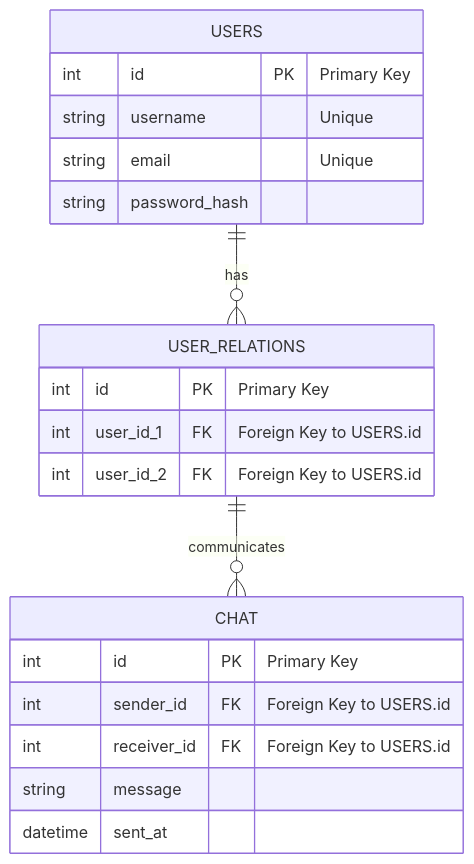
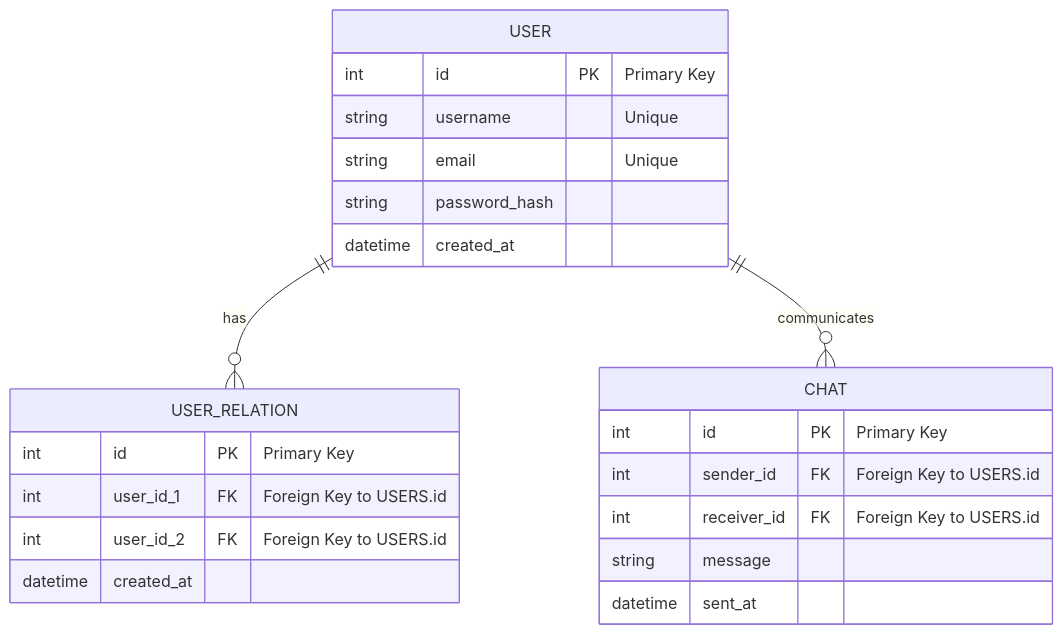
Before and after one commit to kento13410/Real-Time-Chat: the second of 2 diagrams in README.md, drawn with Mermaid. The commit also changed 43 other files, not shown here.

````diff
--- a/README.md
+++ b/README.md
@@ -33,23 +33,25 @@
 ```mermaid
 erDiagram
-    USERS ||--o{ USER_RELATIONS : has
-    USERS {
+    USER ||--o{ USER_RELATION : has
+    USER {
         int id PK "Primary Key"
         string username "Unique"
         string email "Unique"
         string password_hash
+        datetime created_at
     }
-    USER_RELATIONS ||--o{ CHAT : communicates
-    USER_RELATIONS {
+    USER_RELATION {
         int id PK "Primary Key"
         int user_id_1 FK "Foreign Key to USERS.id"
         int user_id_2 FK "Foreign Key to USERS.id"
+        datetime created_at
     }
+    USER ||--o{ CHAT : communicates
     CHAT {
         int id PK "Primary Key"
         int sender_id FK "Foreign Key to USERS.id"
         int receiver_id FK "Foreign Key to USERS.id"
         string message
         datetime sent_at
     }
 ```
````
